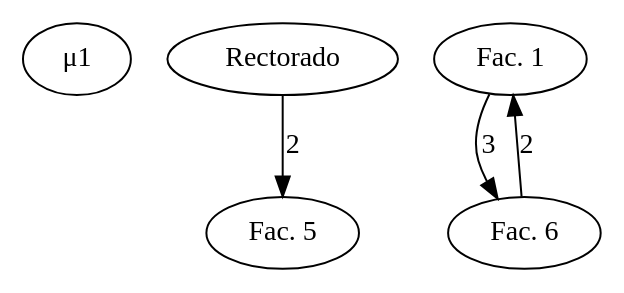
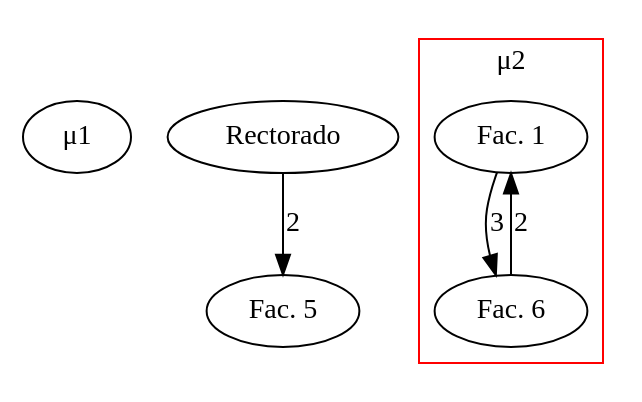
The diagram in src/ocg/vh2_04.dot (Serabe/Homeworks), drawn with Graphviz before and after one commit. The commit also changed 2 other files, not shown here.

```diff
--- a/src/ocg/vh2_04.dot
+++ b/src/ocg/vh2_04.dot
@@ -1,9 +1,13 @@
 digraph G {
-        m1 [label="&mu;1"];
-        
-        Rectorado -> "Fac. 5" [label="2"];
+    m1 [label="&mu;1"];
+    
+    Rectorado -> "Fac. 5" [label="2"];
+    subgraph cluster0{
+        label="&mu;2";
+        color="red";
         
         "Fac. 1"  -> "Fac. 6" [label="3"];
         
         "Fac. 6"  -> "Fac. 1" [label="2"];
+    }
 }
```
